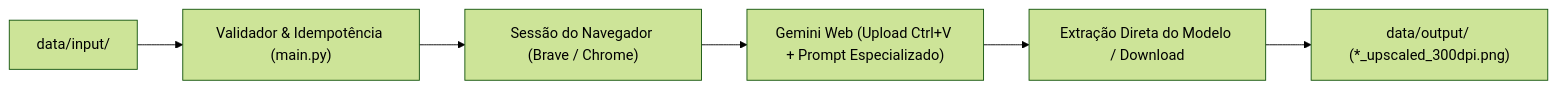
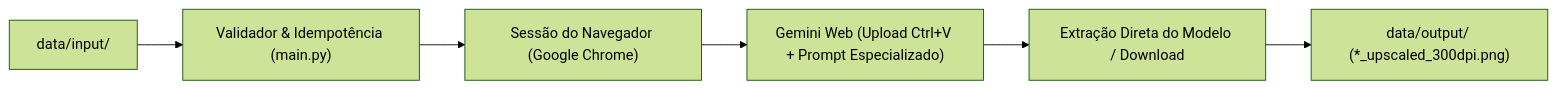
The diagram in README.md (VictorRubinec/upscaling-auto), drawn with Mermaid (forest theme) before and after one commit. The commit also changed other lines of this file and 38 other files, not shown here.

````diff
--- a/README.md
+++ b/README.md
@@ -11,8 +11,8 @@
 ```mermaid
 flowchart LR
     A["data/input/<produto>"] --> B["Validador & Idempotência (main.py)"]
-    B --> C["Sessão do Navegador (Brave / Chrome)"]
+    B --> C["Sessão do Navegador (Google Chrome)"]
     C --> D["Gemini Web (Upload Ctrl+V + Prompt Especializado)"]
     D --> E["Extração Direta do Modelo / Download"]
     E --> F["data/output/<produto> (*_upscaled_300dpi.png)"]
 ```
````
